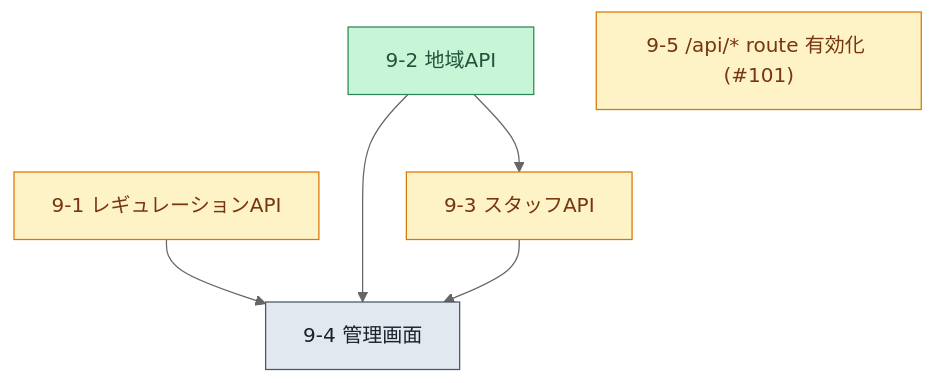
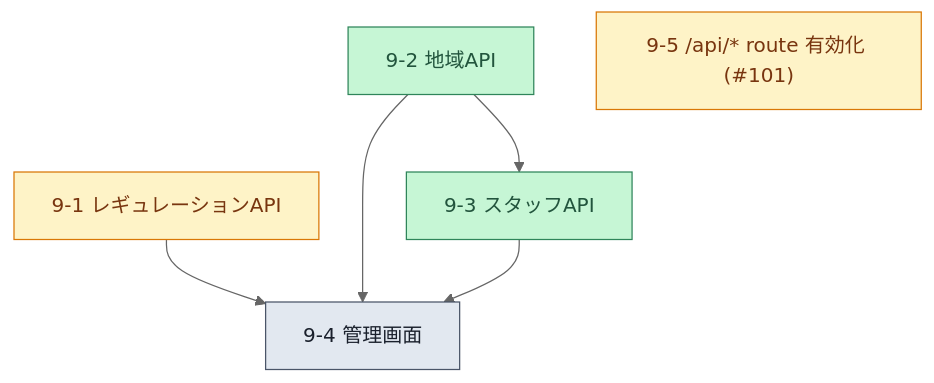
Before and after one commit to m-uesaka/regional-quiz-entry-form: the ninth of 12 diagrams in tasks.md, drawn with Mermaid (neutral theme). The commit also changed other lines of this file and 18 other files, not shown here.

````diff
--- a/tasks.md
+++ b/tasks.md
@@ -210,12 +210,12 @@
 ```mermaid
 graph TD
   T91["9-1 レギュレーションAPI"]:::next --> T94["9-4 管理画面"]:::todo
-  T92["9-2 地域API"]:::done --> T93["9-3 スタッフAPI"]:::next
+  T92["9-2 地域API"]:::done --> T93["9-3 スタッフAPI"]:::done
   T92 --> T94
   T93 --> T94
   T95["9-5 /api/* route 有効化 (#101)"]:::next
 
   classDef done fill:#c6f6d5,stroke:#2f855a,color:#22543d;
   classDef todo fill:#e2e8f0,stroke:#4a5568,color:#1a202c;
   classDef next fill:#fef3c7,stroke:#d97706,color:#78350f;
 ```
````
